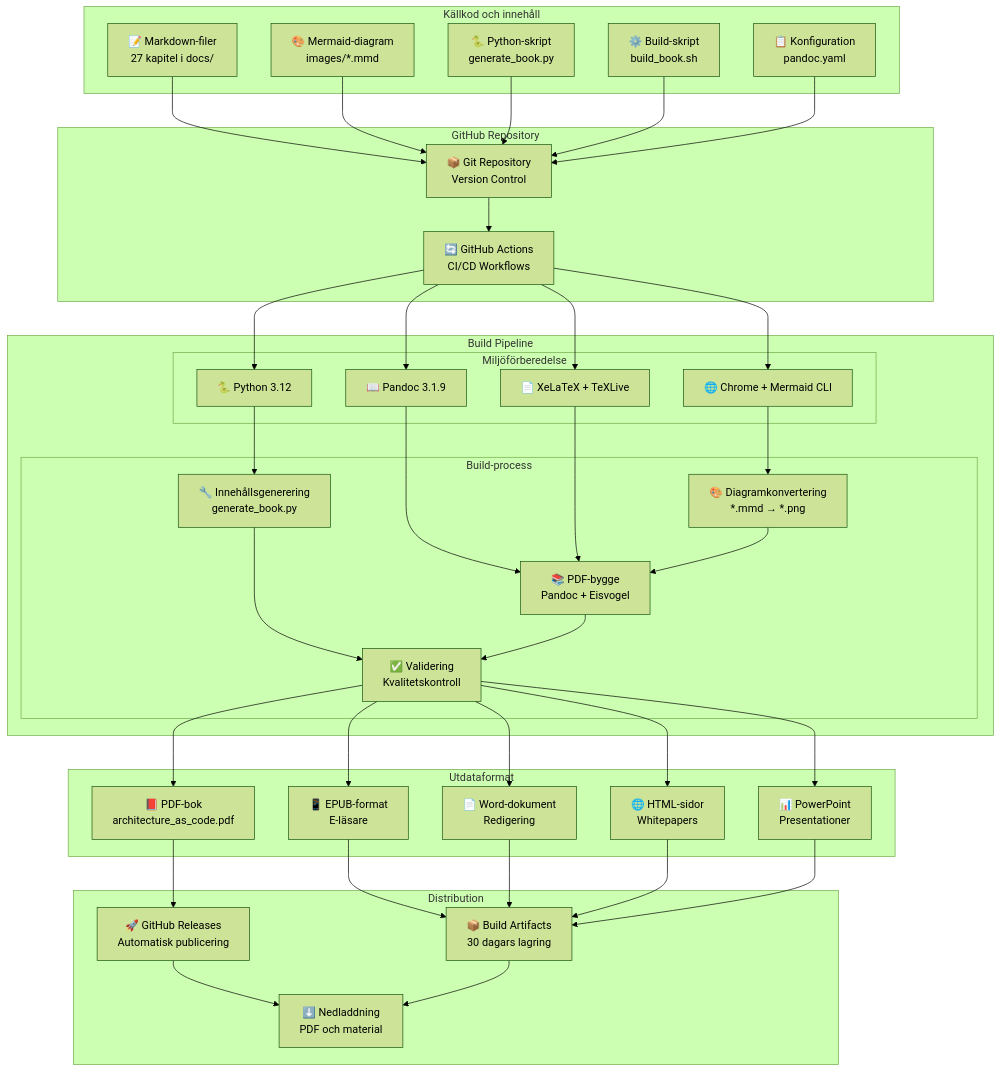
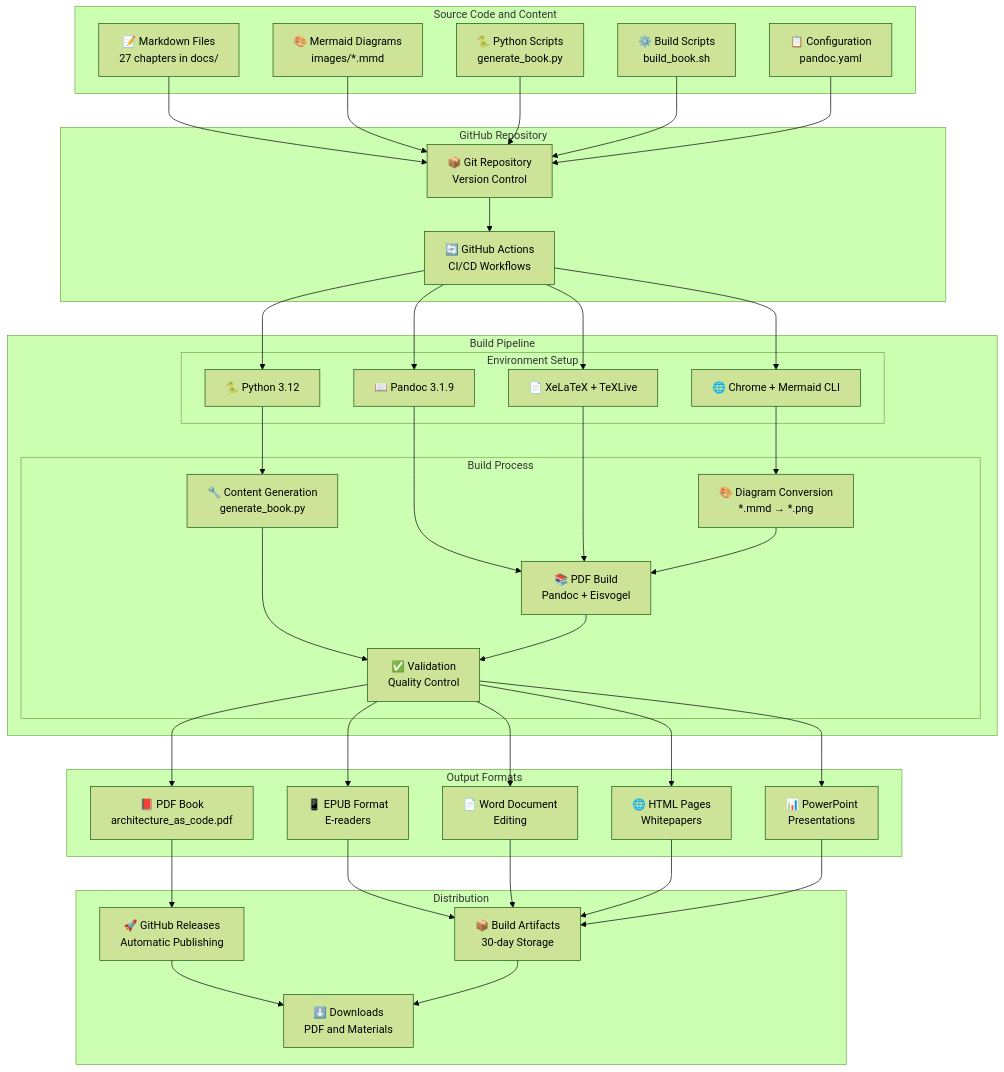
The diagram in docs/images/diagram_27_technical_structure.mmd (Geonitab/architecture_as_code), drawn with Mermaid (forest theme) before and after one commit. The commit also changed 11 other files, not shown here.

Commit message:
Translate Swedish text in Mermaid diagrams to English

```diff
--- a/docs/images/diagram_27_technical_structure.mmd
+++ b/docs/images/diagram_27_technical_structure.mmd
@@ -1,92 +1,92 @@
 graph TB
-    %% Källkodshantering
-    subgraph "Källkod och innehåll"
-        MD[📝 Markdown-filer<br/>27 kapitel i docs/]
-        MMD[🎨 Mermaid-diagram<br/>images/*.mmd]
-        PY[🐍 Python-skript<br/>generate_book.py]
-        SH[⚙️ Build-skript<br/>build_book.sh]
-        YAML[📋 Konfiguration<br/>pandoc.yaml]
+    %% Source Code Management
+    subgraph "Source Code and Content"
+        MD[📝 Markdown Files<br/>27 chapters in docs/]
+        MMD[🎨 Mermaid Diagrams<br/>images/*.mmd]
+        PY[🐍 Python Scripts<br/>generate_book.py]
+        SH[⚙️ Build Scripts<br/>build_book.sh]
+        YAML[📋 Configuration<br/>pandoc.yaml]
     end
 
     %% GitHub Repository
     subgraph "GitHub Repository"
         REPO[📦 Git Repository<br/>Version Control]
         GHA[🔄 GitHub Actions<br/>CI/CD Workflows]
     end
 
     %% Build Pipeline
     subgraph "Build Pipeline"
-        subgraph "Miljöförberedelse"
+        subgraph "Environment Setup"
             PYTHON[🐍 Python 3.12]
             PANDOC[📖 Pandoc 3.1.9]
             LATEX[📄 XeLaTeX + TeXLive]
             CHROME[🌐 Chrome + Mermaid CLI]
         end
         
-        subgraph "Build-process"
-            GEN[🔧 Innehållsgenerering<br/>generate_book.py]
-            CONV[🎨 Diagramkonvertering<br/>*.mmd → *.png]
-            BUILD[📚 PDF-bygge<br/>Pandoc + Eisvogel]
-            VAL[✅ Validering<br/>Kvalitetskontroll]
+        subgraph "Build Process"
+            GEN[🔧 Content Generation<br/>generate_book.py]
+            CONV[🎨 Diagram Conversion<br/>*.mmd → *.png]
+            BUILD[📚 PDF Build<br/>Pandoc + Eisvogel]
+            VAL[✅ Validation<br/>Quality Control]
         end
     end
 
     %% Output Formats
-    subgraph "Utdataformat"
-        PDF[📕 PDF-bok<br/>architecture_as_code.pdf]
-        EPUB[📱 EPUB-format<br/>E-läsare]
-        DOCX[📄 Word-dokument<br/>Redigering]
-        HTML[🌐 HTML-sidor<br/>Whitepapers]
-        PPTX[📊 PowerPoint<br/>Presentationer]
+    subgraph "Output Formats"
+        PDF[📕 PDF Book<br/>architecture_as_code.pdf]
+        EPUB[📱 EPUB Format<br/>E-readers]
+        DOCX[📄 Word Document<br/>Editing]
+        HTML[🌐 HTML Pages<br/>Whitepapers]
+        PPTX[📊 PowerPoint<br/>Presentations]
     end
 
     %% Distribution
     subgraph "Distribution"
-        REL[🚀 GitHub Releases<br/>Automatisk publicering]
-        ART[📦 Build Artifacts<br/>30 dagars lagring]
-        DOWN[⬇️ Nedladdning<br/>PDF och material]
+        REL[🚀 GitHub Releases<br/>Automatic Publishing]
+        ART[📦 Build Artifacts<br/>30-day Storage]
+        DOWN[⬇️ Downloads<br/>PDF and Materials]
     end
 
     %% Data Flow
     MD --> REPO
     MMD --> REPO
     PY --> REPO
     SH --> REPO
     YAML --> REPO
     
     REPO --> GHA
     GHA --> PYTHON
     GHA --> PANDOC
     GHA --> LATEX
     GHA --> CHROME
     
     PYTHON --> GEN
     CHROME --> CONV
     PANDOC --> BUILD
     LATEX --> BUILD
     
     GEN --> VAL
     CONV --> BUILD
     BUILD --> VAL
     
     VAL --> PDF
     VAL --> EPUB
     VAL --> DOCX
     VAL --> HTML
     VAL --> PPTX
     
     PDF --> REL
     EPUB --> ART
     DOCX --> ART
     HTML --> ART
     PPTX --> ART
     
     REL --> DOWN
     ART --> DOWN
 
     %% Styling
     class MD,MMD,PY,SH,YAML kv-highlight
     class REPO,GHA kv-outline
     class PYTHON,PANDOC,LATEX,CHROME,GEN,CONV,BUILD,VAL kv-accent
     class PDF,EPUB,DOCX,HTML,PPTX kv-primary
     class REL,ART,DOWN kv-pattern
```
